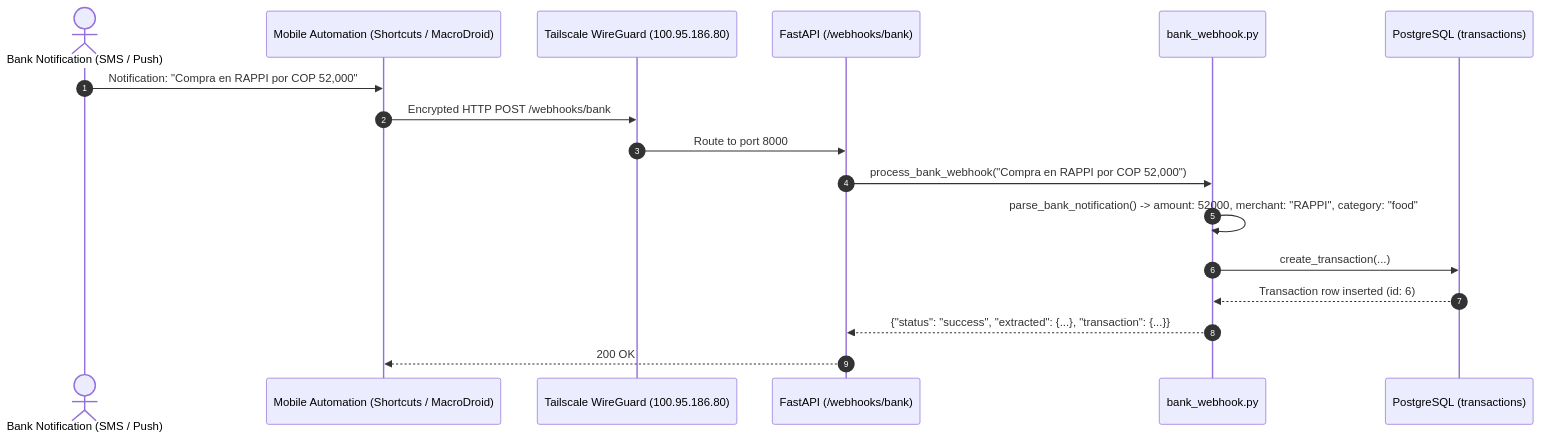
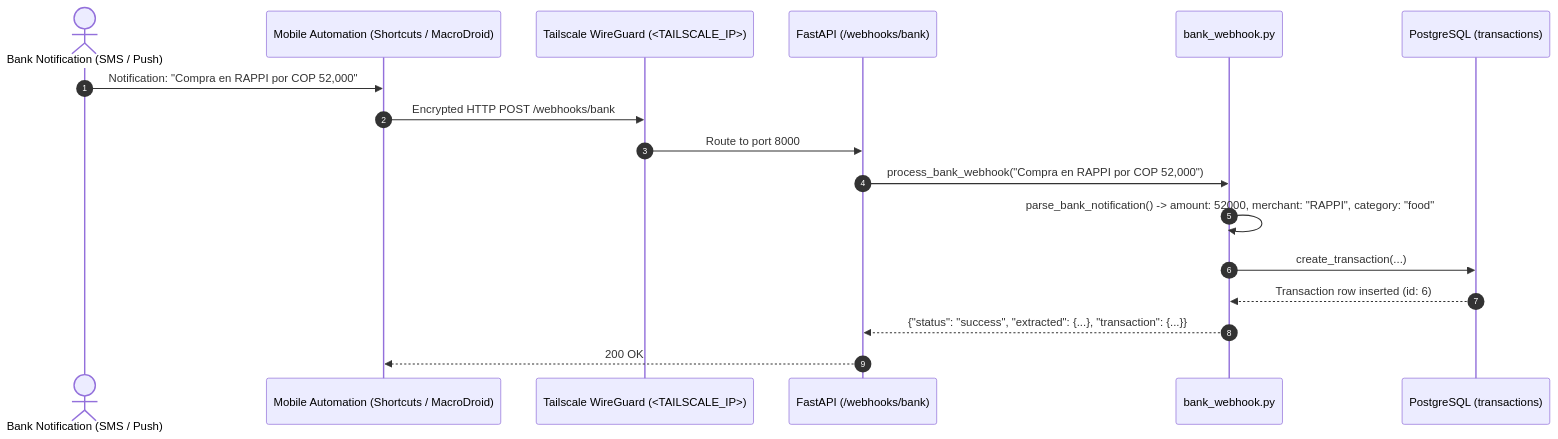
The third of 3 diagrams in back/PROJECT_CONTEXT.md (DiegoEscalante/mobile-assistant), drawn with Mermaid before and after one commit. The commit also changed other lines of this file and 9 other files, not shown here.

````diff
--- a/back/PROJECT_CONTEXT.md
+++ b/back/PROJECT_CONTEXT.md
@@ -266,20 +266,20 @@
 ```mermaid
 sequenceDiagram
     autonumber
     actor Bank as Bank Notification (SMS / Push)
     participant Phone as Mobile Automation (Shortcuts / MacroDroid)
-    participant VPN as Tailscale WireGuard (100.95.186.80)
+    participant VPN as Tailscale WireGuard (<TAILSCALE_IP>)
     participant API as FastAPI (/webhooks/bank)
     participant Parser as bank_webhook.py
     participant DB as PostgreSQL (transactions)
 
     Bank->>Phone: Notification: "Compra en RAPPI por COP 52,000"
     Phone->>VPN: Encrypted HTTP POST /webhooks/bank
     VPN->>API: Route to port 8000
     API->>Parser: process_bank_webhook("Compra en RAPPI por COP 52,000")
     Parser->>Parser: parse_bank_notification() -> amount: 52000, merchant: "RAPPI", category: "food"
     Parser->>DB: create_transaction(...)
     DB-->>Parser: Transaction row inserted (id: 6)
     Parser-->>API: {"status": "success", "extracted": {...}, "transaction": {...}}
     API-->>Phone: 200 OK
 ```
````
